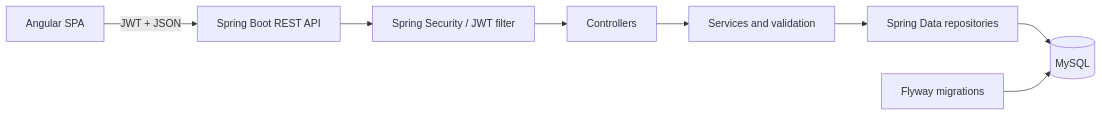
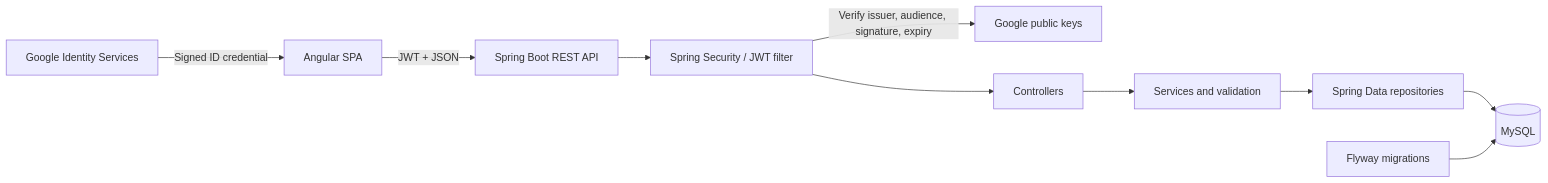
One commit to NeelLogic/JobTrackr changed the diagram in README.md. Above: the diagram before and after it, drawn with Mermaid. The commit also changed other lines of this file, not shown here.

Commit message:
docs: document Phase 7 Google setup

````diff
--- a/README.md
+++ b/README.md
@@ -37,10 +39,12 @@
 ```mermaid
 flowchart LR
+    GIS["Google Identity Services"] -->|"Signed ID credential"| UI
     UI["Angular SPA"] -->|"JWT + JSON"| API["Spring Boot REST API"]
     API --> SEC["Spring Security / JWT filter"]
+    SEC -->|"Verify issuer, audience, signature, expiry"| GKEYS["Google public keys"]
     SEC --> CTRL["Controllers"]
     CTRL --> SVC["Services and validation"]
     SVC --> REPO["Spring Data repositories"]
     REPO --> DB[("MySQL")]
     FLY["Flyway migrations"] --> DB
 ```
````
